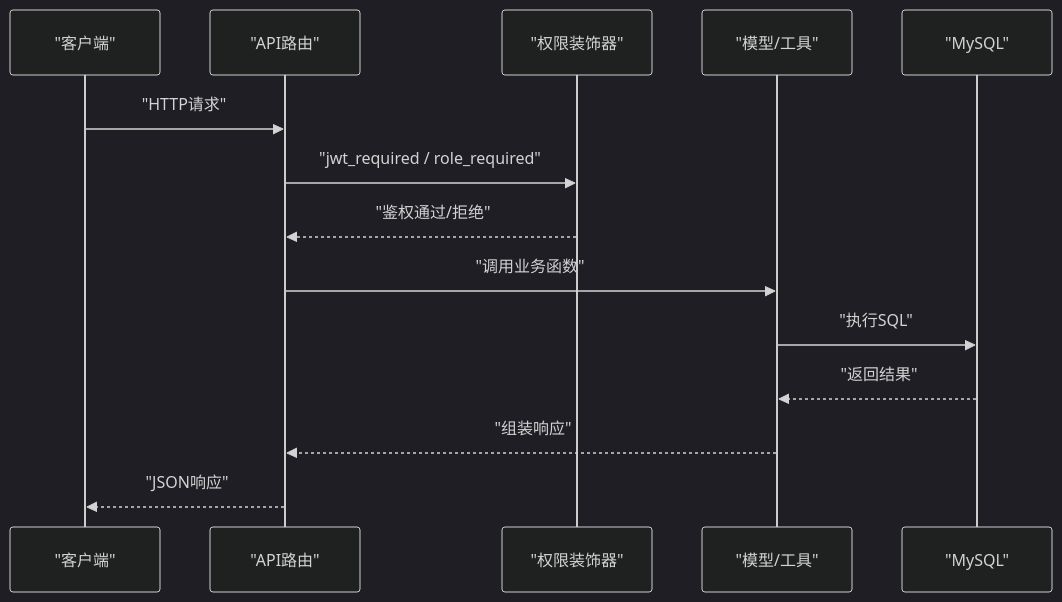
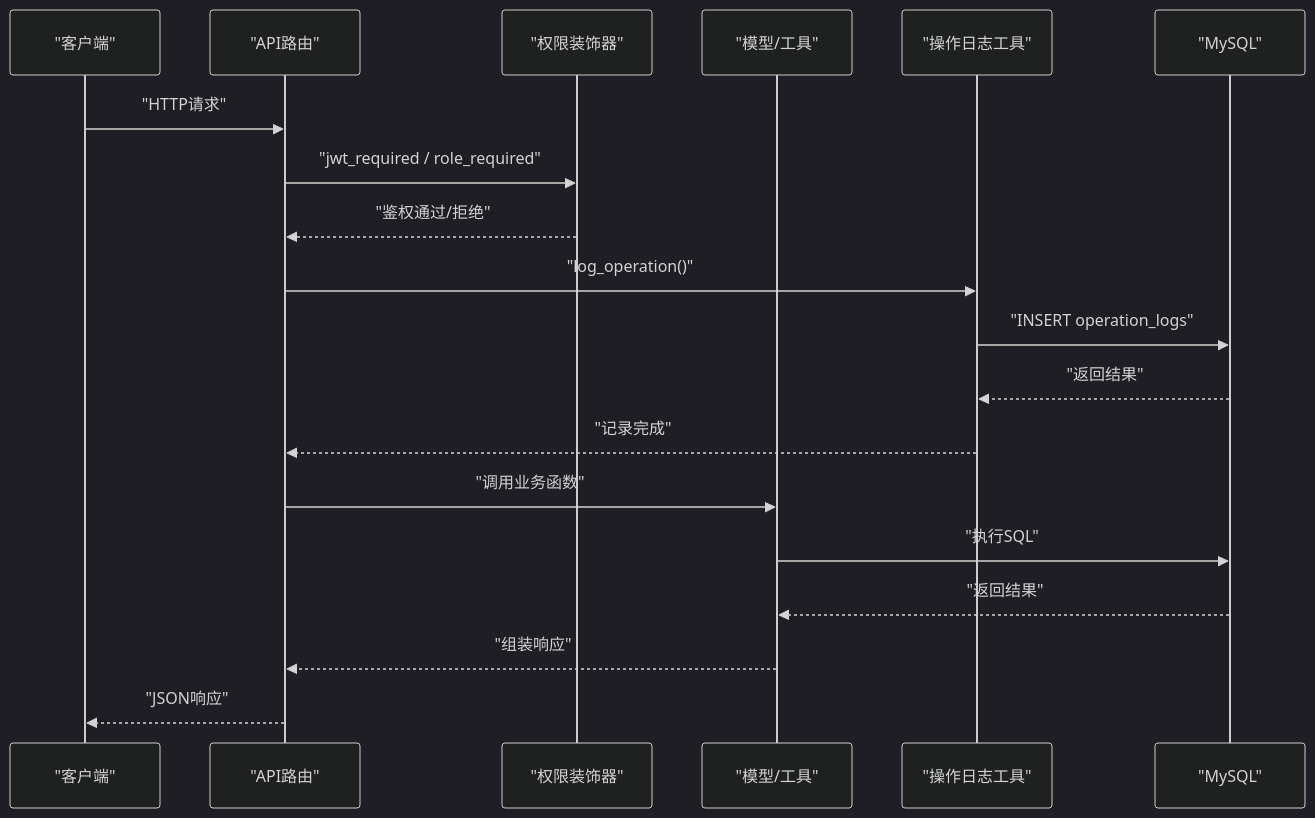
One commit to ismine3/OPS changed the second of 6 diagrams in .qoder/repowiki/zh/content/数据库设计.md. Above: the diagram before and after it, drawn with Mermaid (dark theme). The commit also changed other lines of this file and 39 other files, not shown here.

````diff
--- a/.qoder/repowiki/zh/content/数据库设计.md
+++ b/.qoder/repowiki/zh/content/数据库设计.md
@@ -136,16 +159,21 @@
 ```mermaid
 sequenceDiagram
 participant Client as "客户端"
 participant API as "API路由"
 participant Decor as "权限装饰器"
 participant Model as "模型/工具"
+participant OPLOG as "操作日志工具"
 participant DB as "MySQL"
 Client->>API : "HTTP请求"
 API->>Decor : "jwt_required / role_required"
 Decor-->>API : "鉴权通过/拒绝"
+API->>OPLOG : "log_operation()"
+OPLOG->>DB : "INSERT operation_logs"
+DB-->>OPLOG : "返回结果"
+OPLOG-->>API : "记录完成"
 API->>Model : "调用业务函数"
 Model->>DB : "执行SQL"
 DB-->>Model : "返回结果"
 Model-->>API : "组装响应"
 API-->>Client : "JSON响应"
 ```
````
